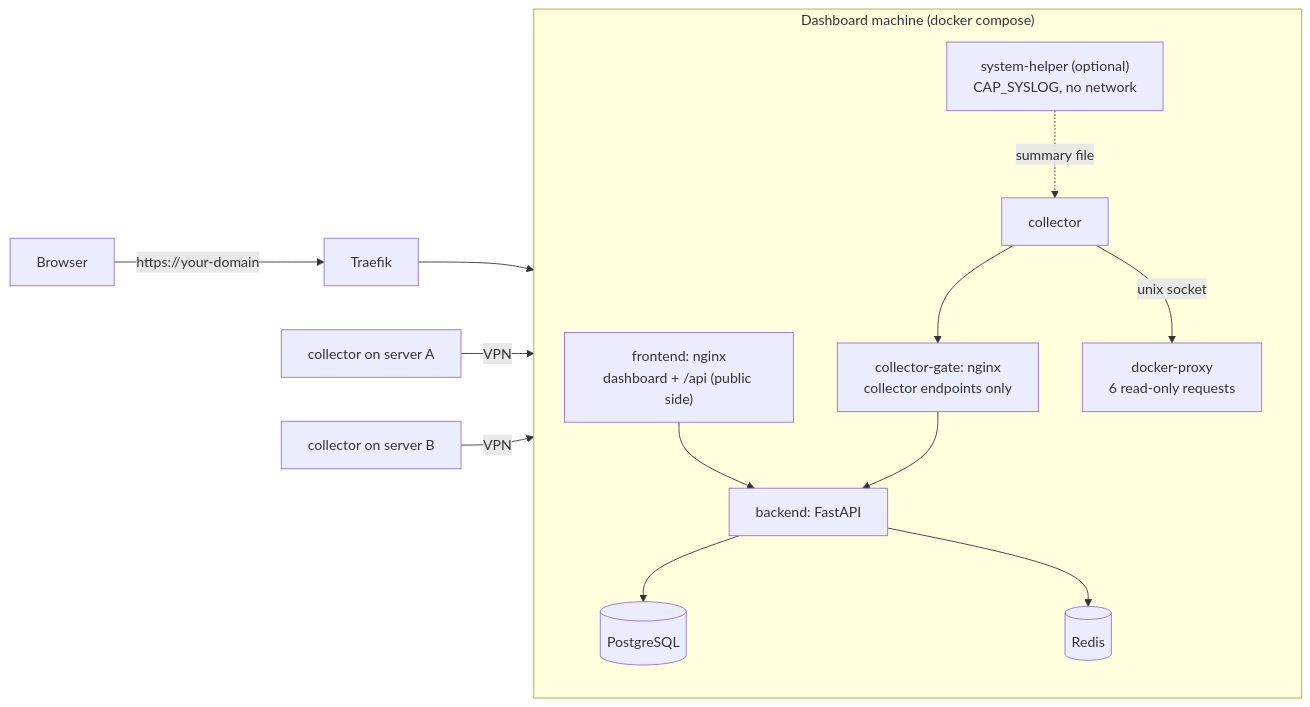
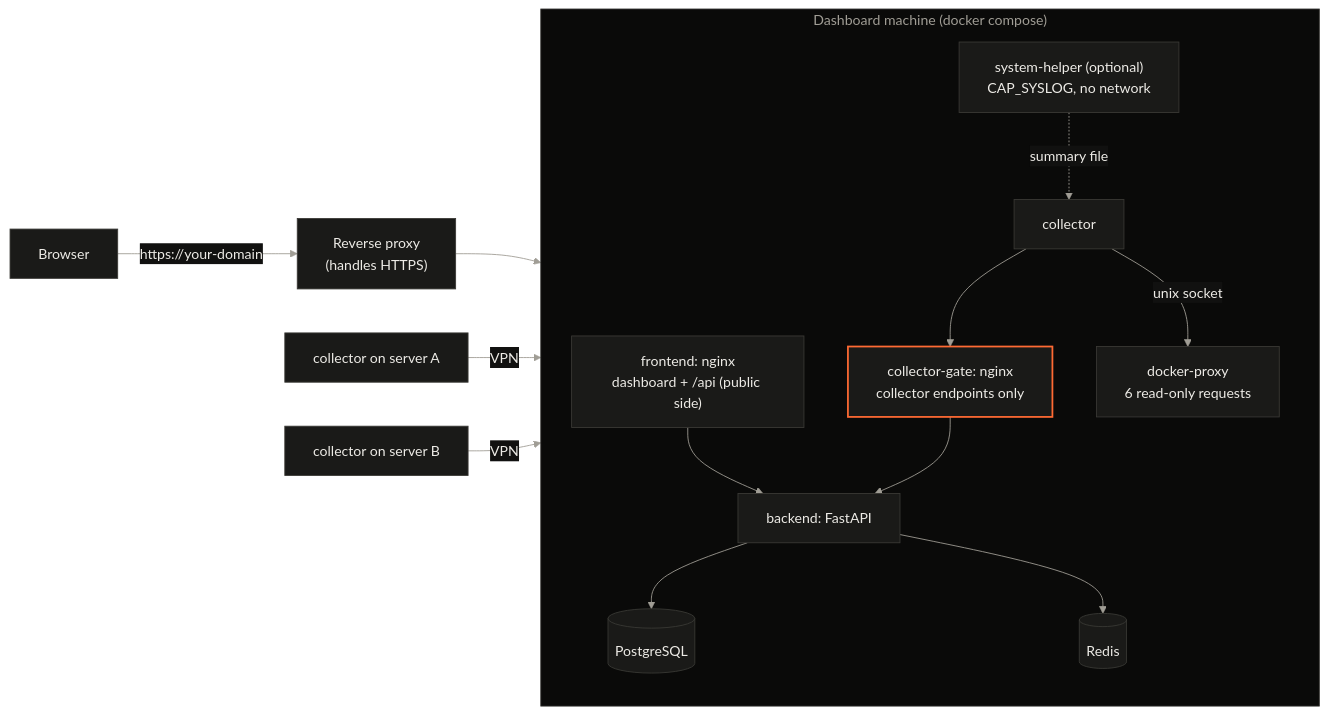
Before and after one commit to karloks2005/Infradeck: the diagram in README.md, drawn with Mermaid. The commit also changed other lines of this file, not shown here.

Commit message:
refact(readme): architecture flowchart
Added Mermaid configuration for flowchart and updated proxy references in architecture section.

````diff
--- a/README.md
+++ b/README.md
@@ -91,17 +91,50 @@
 ```mermaid
+---
+config:
+  theme: base
+  look: classic
+  themeVariables:
+    darkMode: true
+    background: "#111110"
+    fontFamily: "Geist, Helvetica Neue, Helvetica, sans-serif"
+    fontSize: "16px"
+    primaryColor: "#1A1A18"
+    primaryTextColor: "#EDEBE6"
+    primaryBorderColor: "#3A3935"
+    secondaryColor: "#1A1A18"
+    tertiaryColor: "#111110"
+    lineColor: "#A09D95"
+    textColor: "#EDEBE6"
+    clusterBkg: "#0A0A09"
+    clusterBorder: "#2C2B28"
+    titleColor: "#A09D95"
+    edgeLabelBackground: "#111110"
+  flowchart:
+    curve: basis
+    padding: 16
+    useMaxWidth: true
+    wrappingWidth: 200
+    minNodeWidth: 0
+---
 flowchart LR
     subgraph main["Dashboard machine (docker compose)"]
         direction TB
         proxy["frontend: nginx<br/>dashboard + /api (public side)"] --> backend["backend: FastAPI"]
         gate["collector-gate: nginx<br/>collector endpoints only"] --> backend
         backend --> pg[(PostgreSQL)]
         backend --> redis[(Redis)]
         localc["collector"] --> gate
         localc -->|"unix socket"| dproxy["docker-proxy<br/>6 read-only requests"]
         helper["system-helper (optional)<br/>CAP_SYSLOG, no network"] -.->|"summary file"| localc
     end
-    browser["Browser"] -->|"https://your-domain"| traefik["Traefik"]
-    traefik --> proxy
+    browser["Browser"] -->|"https://your-domain"| rproxy["Reverse proxy<br/>(handles HTTPS)"]
+    rproxy --> proxy
     c1["collector on server A"] -->|"VPN"| gate
     c2["collector on server B"] -->|"VPN"| gate
+
+    classDef default fill:#1A1A18,stroke:#3A3935,stroke-width:1px,color:#EDEBE6
+    classDef accent fill:#1A1A18,stroke:#FF6A33,stroke-width:2px,color:#EDEBE6
+    class gate accent
+    style main fill:#0A0A09,stroke:#2C2B28,color:#A09D95
+    linkStyle default stroke:#A09D95,stroke-width:1px
 ```
````
